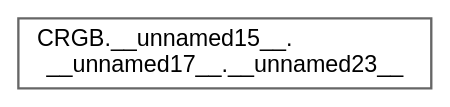
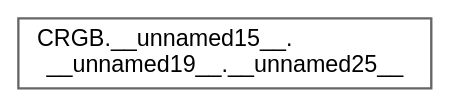
The diagram in docs/inherit_graph_42.dot (manmuqingshan/FastLED), drawn with Graphviz before and after one commit. The commit also changed 10182 other files, not shown here.

```diff
--- a/docs/inherit_graph_42.dot
+++ b/docs/inherit_graph_42.dot
@@ -1,9 +1,9 @@
 digraph "Graphical Class Hierarchy"
 {
  // LATEX_PDF_SIZE
   bgcolor="transparent";
   edge [fontname=Helvetica,fontsize=10,labelfontname=Helvetica,labelfontsize=10];
   node [fontname=Helvetica,fontsize=10,shape=box,height=0.2,width=0.4];
   rankdir="LR";
-  Node0 [id="Node000000",label="CRGB.__unnamed15__.\l__unnamed17__.__unnamed23__",height=0.2,width=0.4,color="grey40", fillcolor="white", style="filled",URL="$db/d87/group___pixel_types.html#d2/d59/union_c_r_g_b_8____unnamed15_____8____unnamed17_____8____unnamed23____",tooltip=" "];
+  Node0 [id="Node000000",label="CRGB.__unnamed15__.\l__unnamed19__.__unnamed25__",height=0.2,width=0.4,color="grey40", fillcolor="white", style="filled",URL="$db/d87/group___pixel_types.html#de/ded/union_c_r_g_b_8____unnamed15_____8____unnamed19_____8____unnamed25____",tooltip=" "];
 }
```
